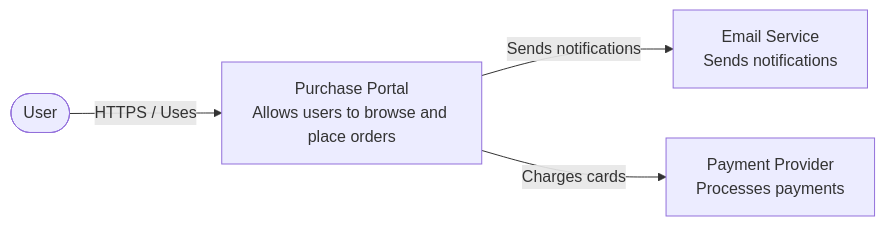
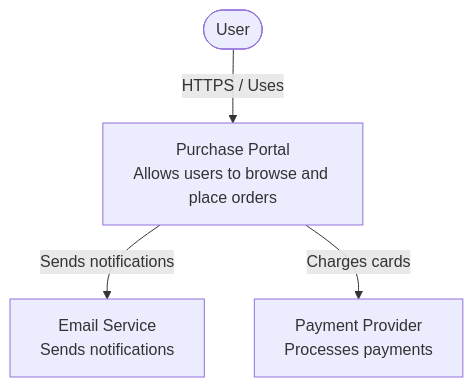
Before and after one commit to olaekdahl/software-best-practices: the diagram in software-diagramming/c4-context.md, drawn with Mermaid. The commit also changed other lines of this file and 9 other files, not shown here.

Commit message:
added more diagrams

````diff
--- a/software-diagramming/c4-context.md
+++ b/software-diagramming/c4-context.md
@@ -1,11 +6,11 @@
 ``` mermaid
-flowchart LR
+flowchart
   User([User])
   System[Purchase Portal\nAllows users to browse and place orders]
   Email[Email Service\nSends notifications]
   Payments[Payment Provider\nProcesses payments]
 
   User -->|HTTPS / Uses| System
-  System -->|Sends notifications| Email
+  System -- Sends notifications --> Email
   System -->|Charges cards| Payments
 ```
````
